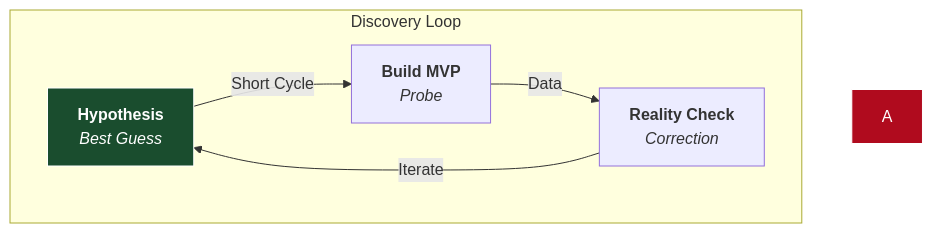
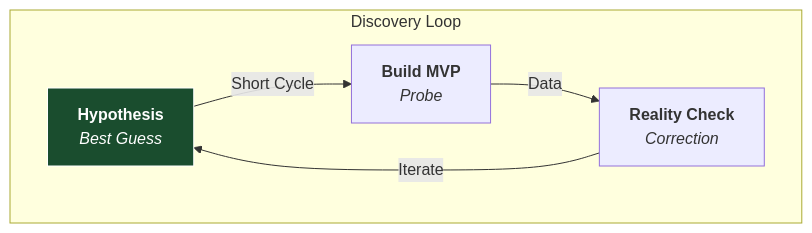
One commit to Shelbournator/thoughts changed the second of 2 diagrams in _posts/2026-03-04-the-discovery-principle.md. Above: the diagram before and after it, drawn with Mermaid. The commit also changed other lines of this file, not shown here.

````diff
--- a/_posts/2026-03-04-the-discovery-principle.md
+++ b/_posts/2026-03-04-the-discovery-principle.md
@@ -59,12 +58,11 @@
 ```mermaid
 graph TD
 
     subgraph "Discovery Loop"
     X[<b>Hypothesis</b><br><i>Best Guess</i>] -->|Short Cycle| Y[<b>Build MVP</b><br><i>Probe</i>]
     Y -->|Data| Z[<b>Reality Check</b><br><i>Correction</i>]
     Z -->|Iterate| X
     end
 
-    style A fill:#b00b1e,stroke:#fff,color:#fff
     style X fill:#1a4d2e,stroke:#fff,color:#fff
 ```
````
